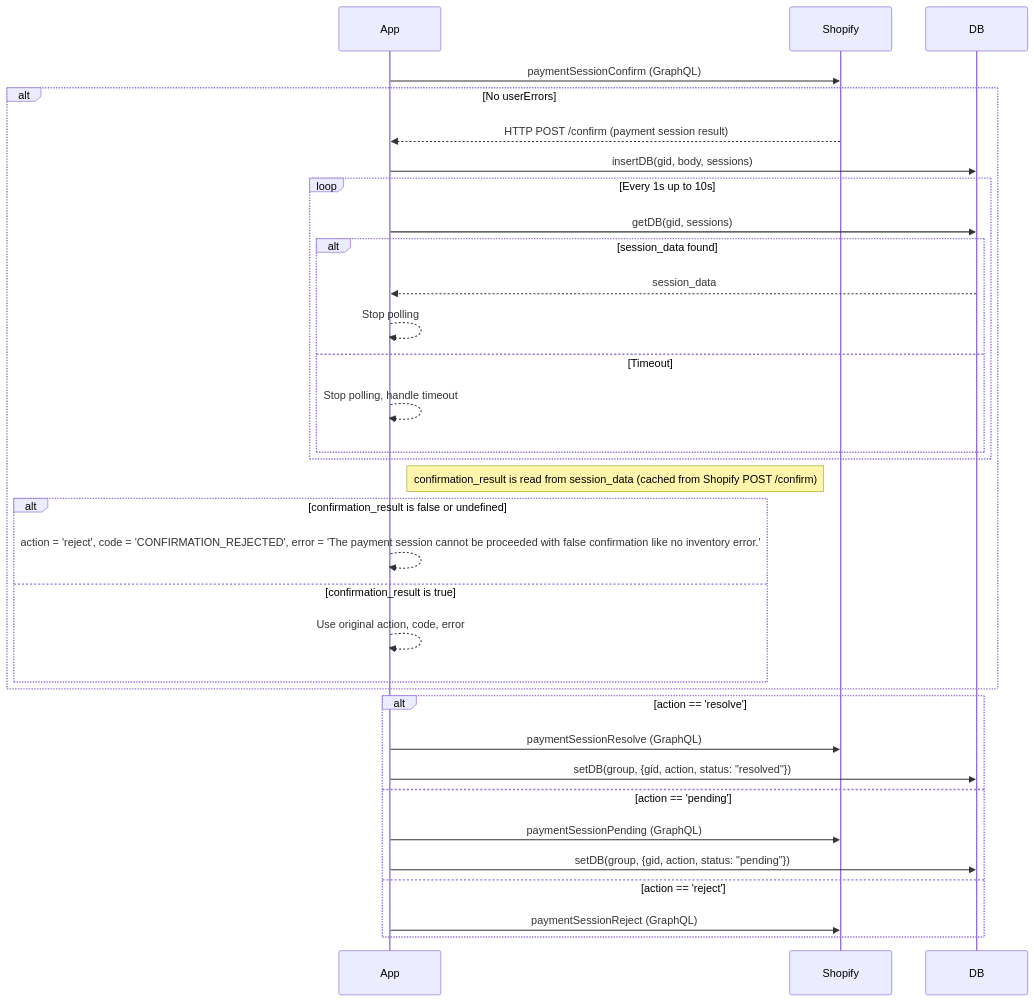
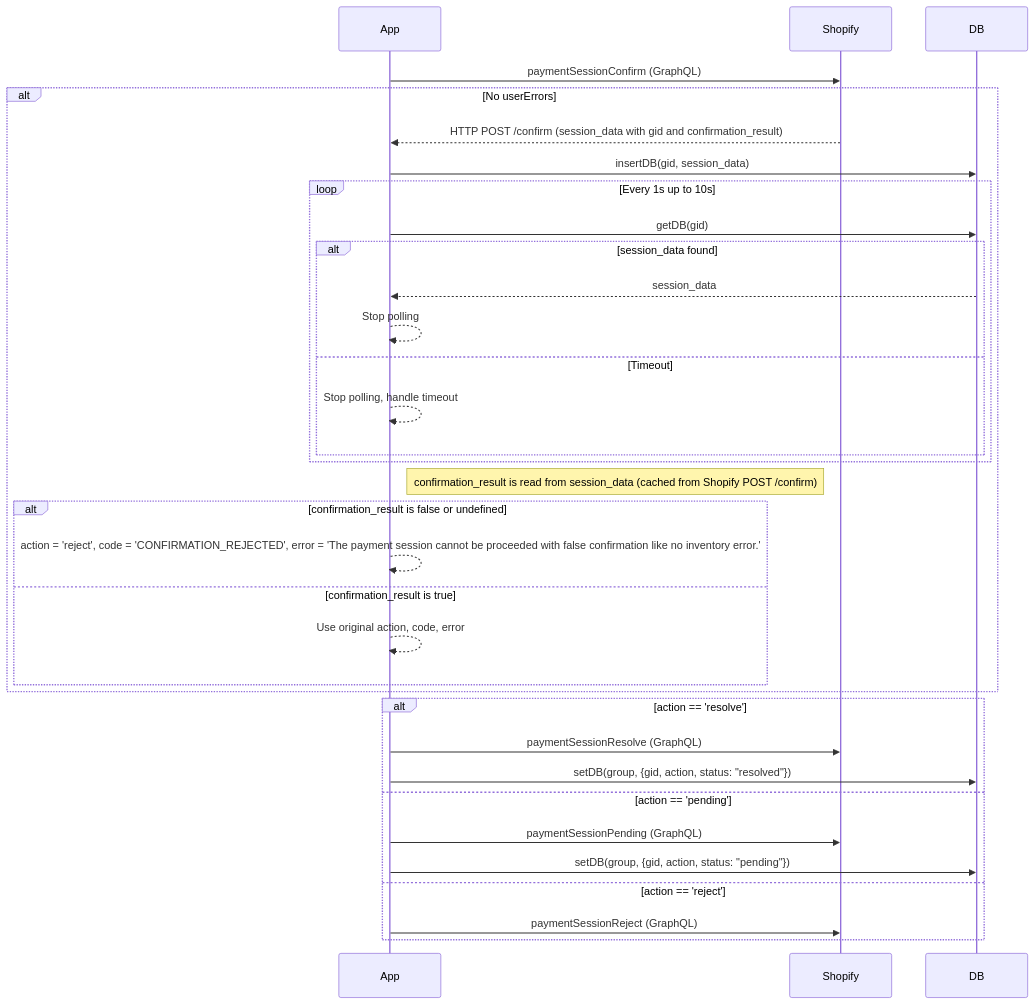
One commit to benzookapi/shopify-payments-app-sample changed the diagram in docs/session_confirmation_process.md. Above: the diagram before and after it, drawn with Mermaid. The commit also changed other lines of this file, not shown here.

````diff
--- a/docs/session_confirmation_process.md
+++ b/docs/session_confirmation_process.md
@@ -1,32 +19,32 @@
 ```mermaid
 sequenceDiagram
     App->>Shopify: paymentSessionConfirm (GraphQL)
     alt No userErrors
-        Shopify-->>App: HTTP POST /confirm (payment session result)
-        App->>DB: insertDB(gid, body, sessions)
+        Shopify-->>App: HTTP POST /confirm (session_data with gid and confirmation_result)
+        App->>DB: insertDB(gid, session_data)
         loop Every 1s up to 10s
-            App->>DB: getDB(gid, sessions)
+            App->>DB: getDB(gid)
             alt session_data found
                 DB-->>App: session_data
                 App-->>App: Stop polling
             else Timeout
                 App-->>App: Stop polling, handle timeout
             end
         end
         Note right of App: confirmation_result is read from session_data (cached from Shopify POST /confirm)
         alt confirmation_result is false or undefined
             App-->>App: action = 'reject', code = 'CONFIRMATION_REJECTED', error = 'The payment session cannot be proceeded with false confirmation like no inventory error.'
         else confirmation_result is true
             App-->>App: Use original action, code, error
         end
     end
     alt action == 'resolve'
         App->>Shopify: paymentSessionResolve (GraphQL)
         App->>DB: setDB(group, {gid, action, status: "resolved"})
     else action == 'pending'
         App->>Shopify: paymentSessionPending (GraphQL)
         App->>DB: setDB(group, {gid, action, status: "pending"})
     else action == 'reject'
         App->>Shopify: paymentSessionReject (GraphQL)
     end
 ```
````
